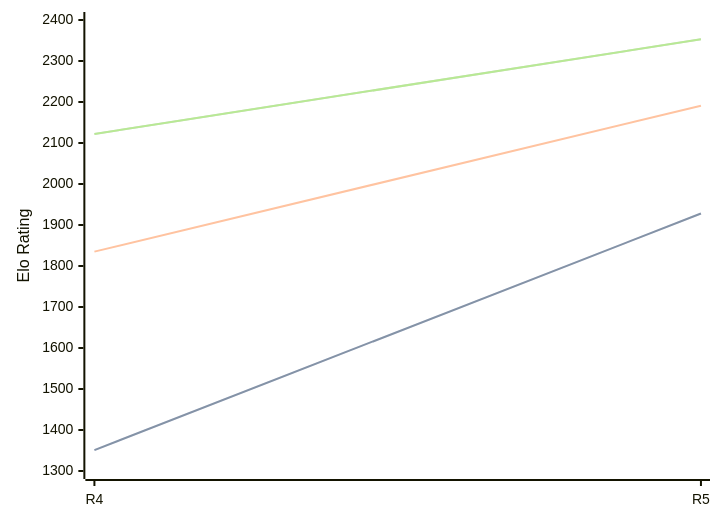
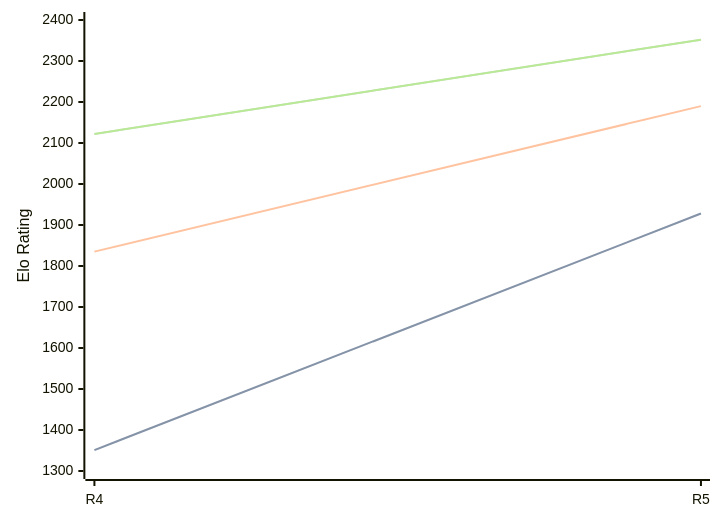
The diagram in engines/Viking.md (computer-chess-index/cci), drawn with Mermaid before and after one commit. The commit also changed other lines of this file, not shown here.

Commit message:
Update CCI Ratings (ELO VLTC) - 2026-10-01

````diff
--- a/engines/Viking.md
+++ b/engines/Viking.md
@@ -35,11 +35,11 @@
 ```mermaid
 %%{init: {"theme":"base","themeVariables":{"seriesColors:['#a3a3a3','#222221','#faa371']}}}%%
 xychart-beta
   x-axis ["R4", "R5"]
   y-axis "Elo Rating" 1300 --> 2400
   line "" [1351, 1928]
   line "STC (8.0+0.08s)" [1351, 1928]
-  line "LTC (60.0+0.60s)" [1835, 2191]
-  line "" [2122, 2353]
-  line "VLTC (2m24s+1.12s)" [2122, 2353]
+  line "LTC (60.0+0.60s)" [1835, 2190]
+  line "" [2122, 2352]
+  line "VLTC (2m24s+1.12s)" [2122, 2352]
 ```
````
